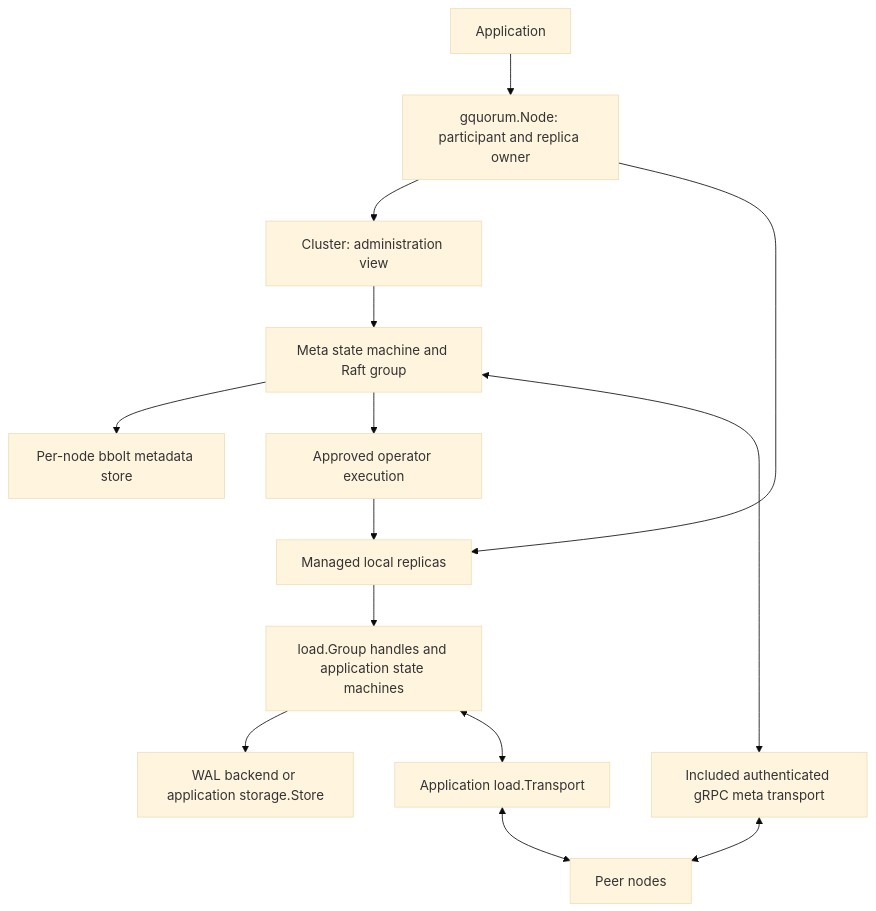
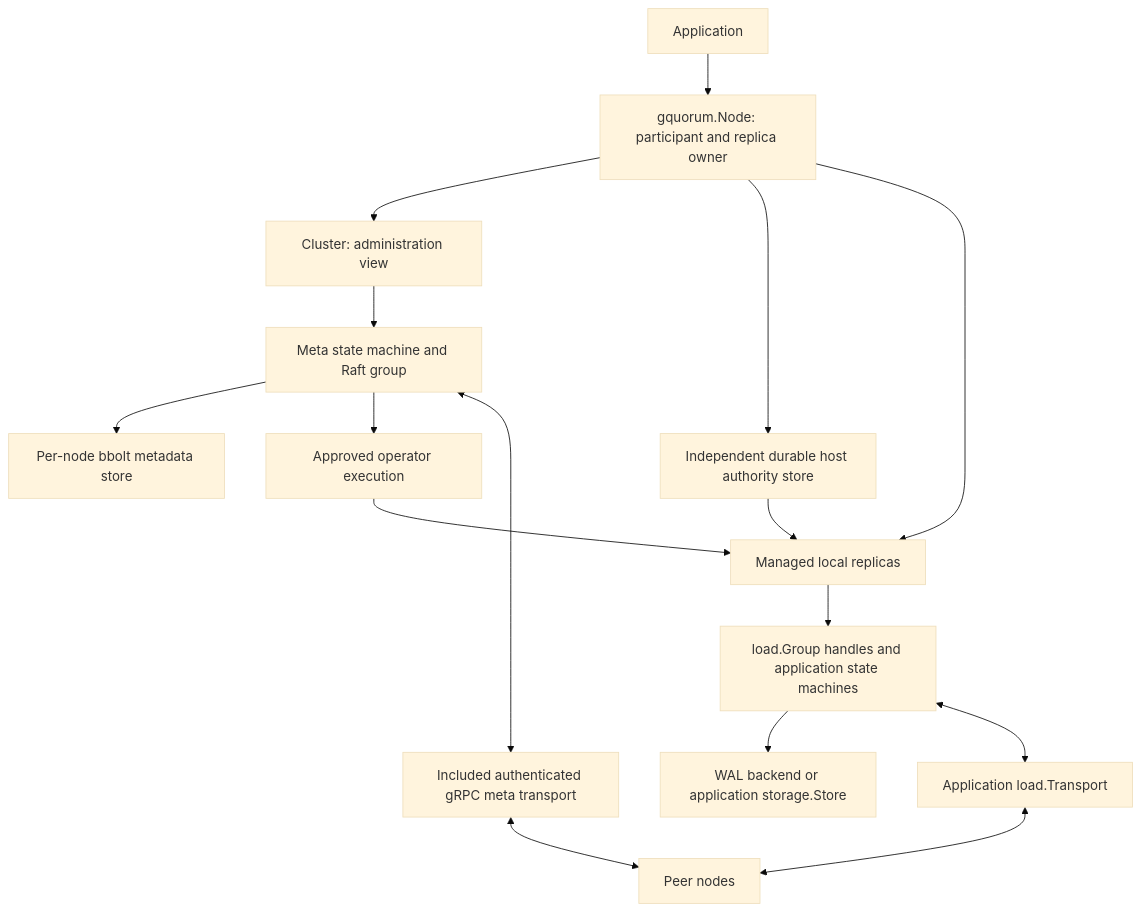
The diagram in docs/architecture/raft.md (asalimonov/gquorum), drawn with Mermaid (base theme) before and after one commit. The commit also changed other lines of this file and 318 other files, not shown here.

````diff
--- a/docs/architecture/raft.md
+++ b/docs/architecture/raft.md
@@ -76,16 +80,18 @@
 ```mermaid
 flowchart TD
     App[Application] --> Node[gquorum.Node: participant and replica owner]
     Node --> Cluster[Cluster: administration view]
     Cluster --> Meta[Meta state machine and Raft group]
     Meta --> MetaStore[Per-node bbolt metadata store]
+    Node --> AuthorityStore[Independent durable host authority store]
     Meta --> Operator[Approved operator execution]
     Operator --> Managed[Managed local replicas]
     Node --> Managed
+    AuthorityStore --> Managed
     Managed --> Loads[load.Group handles and application state machines]
     Loads --> LoadStore[WAL backend or application storage.Store]
     Meta <--> MetaNet[Included authenticated gRPC meta transport]
     Loads <--> LoadNet[Application load.Transport]
     MetaNet <--> Peers[Peer nodes]
     LoadNet <--> Peers
 ```
````
